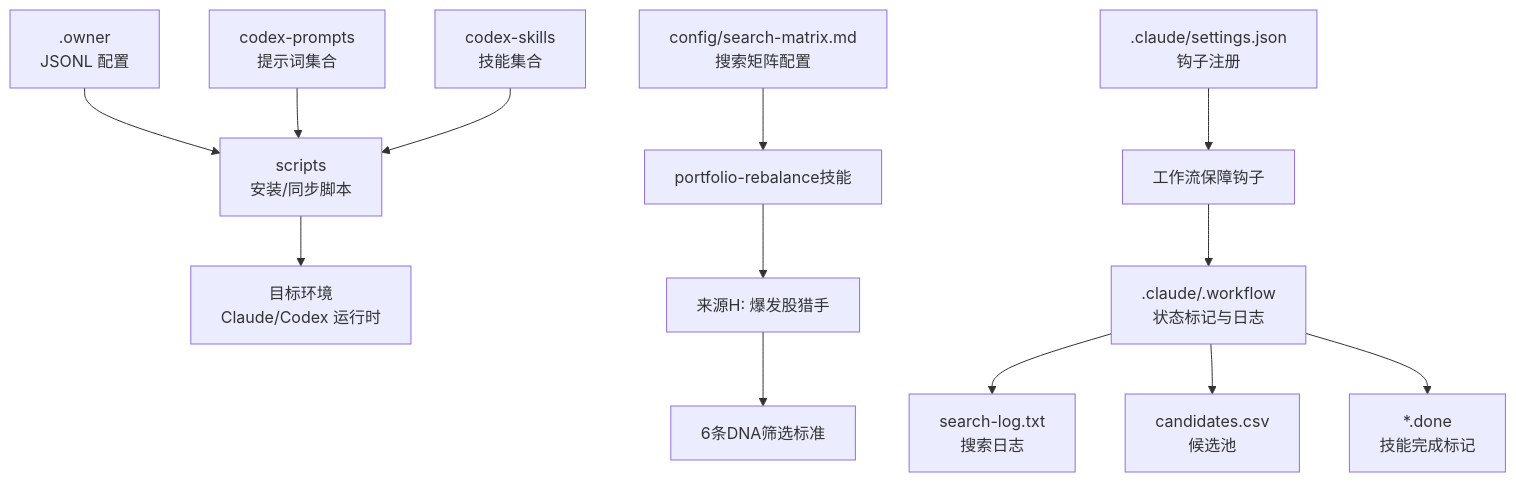
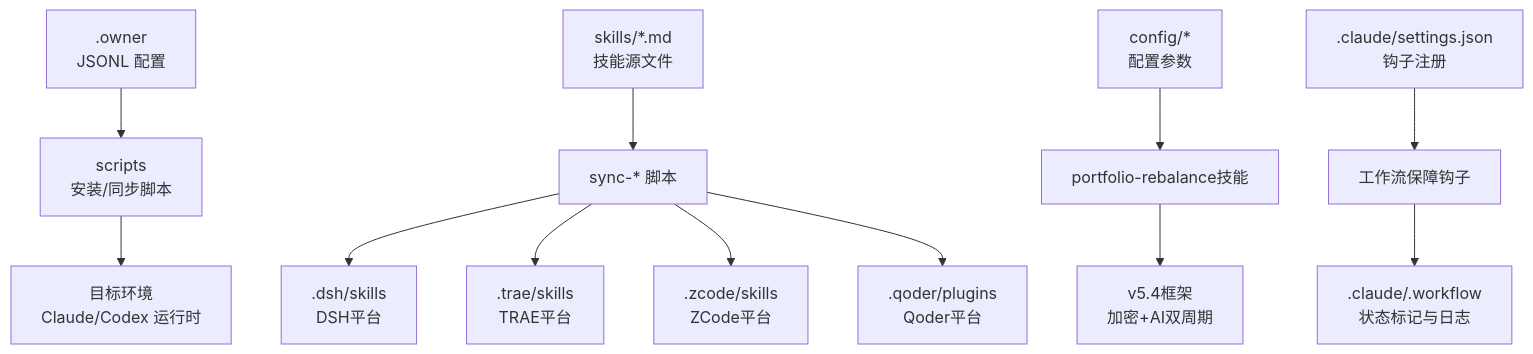
One commit to Ted-Engineer/ai-berkshire changed the first of 8 diagrams in .qoder/repowiki/zh/content/配置管理/配置管理.md. Above: the diagram before and after it, drawn with Mermaid. The commit also changed other lines of this file and 87 other files, not shown here.

````diff
--- a/.qoder/repowiki/zh/content/配置管理/配置管理.md
+++ b/.qoder/repowiki/zh/content/配置管理/配置管理.md
@@ -62,15 +71,14 @@
 ```mermaid
 graph TB
 A[".owner<br/>JSONL 配置"] --> B["scripts<br/>安装/同步脚本"]
-C["codex-prompts<br/>提示词集合"] --> B
-D["codex-skills<br/>技能集合"] --> B
-E["config/search-matrix.md<br/>搜索矩阵配置"] --> F["portfolio-rebalance技能"]
-B --> G["目标环境<br/>Claude/Codex 运行时"]
-H[".claude/settings.json<br/>钩子注册"] --> I["工作流保障钩子"]
-I --> J[".claude/.workflow<br/>状态标记与日志"]
-J --> K["search-log.txt<br/>搜索日志"]
-J --> L["candidates.csv<br/>候选池"]
-J --> M["*.done<br/>技能完成标记"]
-F --> N["来源H: 爆发股猎手"]
-N --> O["6条DNA筛选标准"]
+C["skills/*.md<br/>技能源文件"] --> D["sync-* 脚本"]
+D --> E[".dsh/skills<br/>DSH平台"]
+D --> F[".trae/skills<br/>TRAE平台"]
+D --> G[".zcode/skills<br/>ZCode平台"]
+D --> H[".qoder/plugins<br/>Qoder平台"]
+I["config/*<br/>配置参数"] --> J["portfolio-rebalance技能"]
+J --> K["v5.4框架<br/>加密+AI双周期"]
+B --> L["目标环境<br/>Claude/Codex 运行时"]
+M[".claude/settings.json<br/>钩子注册"] --> N["工作流保障钩子"]
+N --> O[".claude/.workflow<br/>状态标记与日志"]
 ```
````
